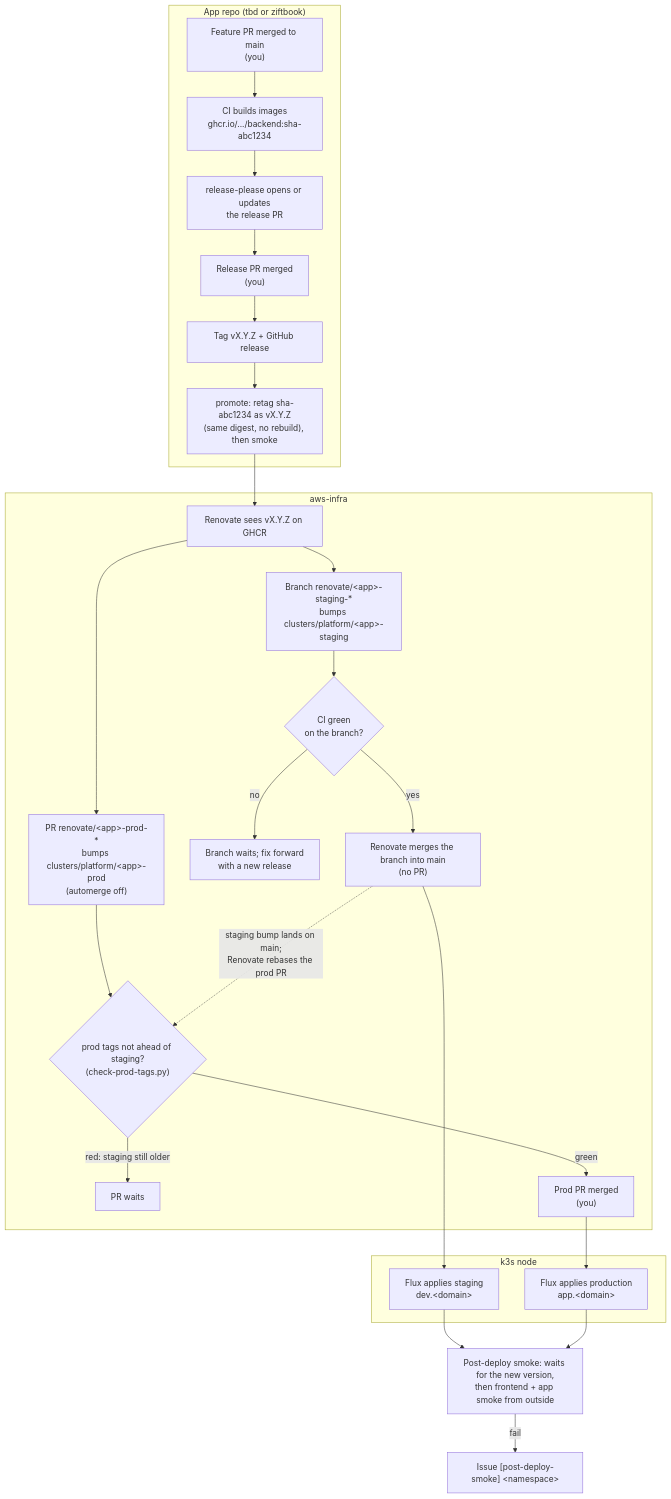
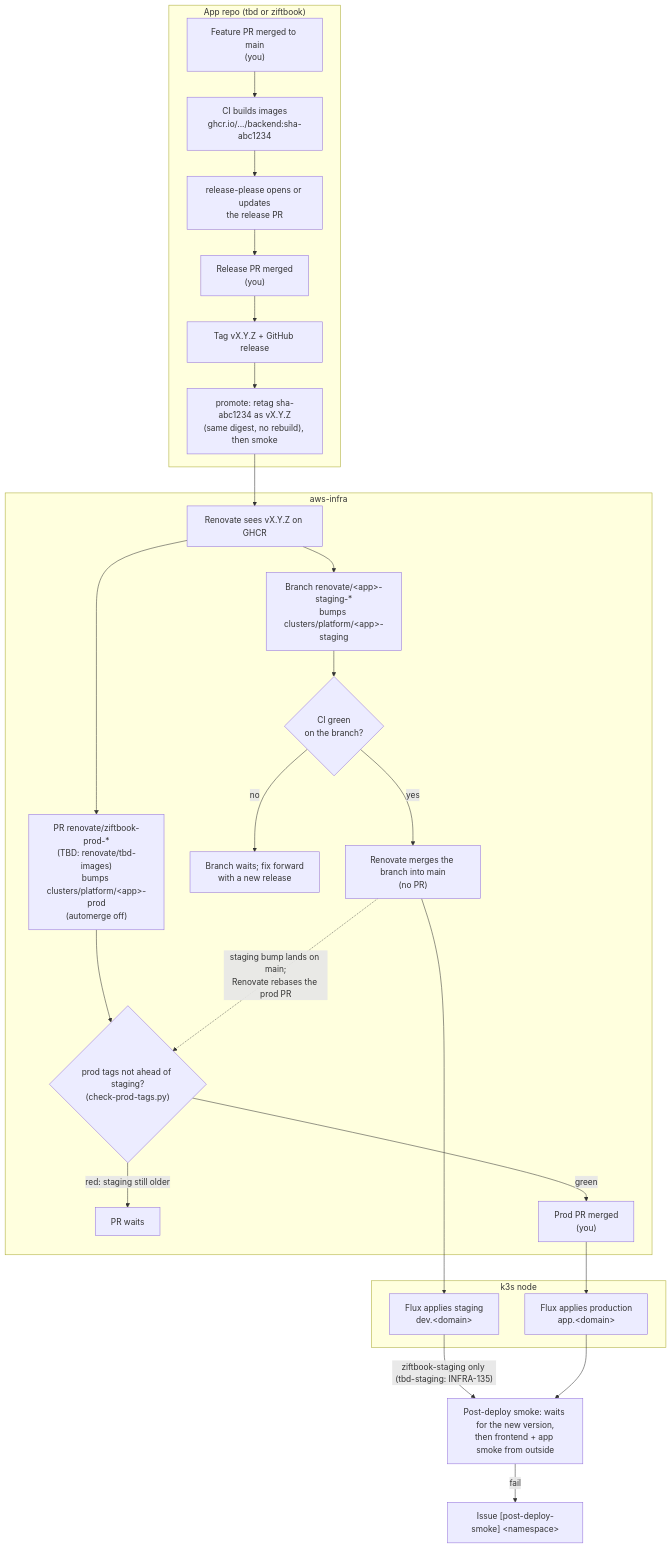
Before and after one commit to fjcloudaiconsulting/aws-infra: the first of 2 diagrams in docs/release-flow.md, drawn with Mermaid. The commit also changed other lines of this file and 1 other file, not shown here.

Commit message:
docs: fold release-flow review (TBD prod branch, timings, smoke scope, links) (INFRA-141)

````diff
--- a/docs/release-flow.md
+++ b/docs/release-flow.md
@@ -22,33 +23,33 @@
 ```mermaid
 flowchart TD
     subgraph app["App repo (tbd or ziftbook)"]
         A["Feature PR merged to main<br/>(you)"] --> B["CI builds images<br/>ghcr.io/.../backend:sha-abc1234"]
         B --> C["release-please opens or updates<br/>the release PR"]
         C --> D["Release PR merged<br/>(you)"]
         D --> E["Tag vX.Y.Z + GitHub release"]
         E --> F["promote: retag sha-abc1234 as vX.Y.Z<br/>(same digest, no rebuild), then smoke"]
     end
 
     F --> G["Renovate sees vX.Y.Z on GHCR"]
 
     subgraph infra["aws-infra"]
         G --> H["Branch renovate/&lt;app&gt;-staging-*<br/>bumps clusters/platform/&lt;app&gt;-staging"]
         H --> I{"CI green<br/>on the branch?"}
         I -- yes --> J["Renovate merges the branch into main<br/>(no PR)"]
         I -- no --> H2["Branch waits; fix forward<br/>with a new release"]
-        G --> K["PR renovate/&lt;app&gt;-prod-*<br/>bumps clusters/platform/&lt;app&gt;-prod<br/>(automerge off)"]
+        G --> K["PR renovate/ziftbook-prod-*<br/>(TBD: renovate/tbd-images)<br/>bumps clusters/platform/&lt;app&gt;-prod<br/>(automerge off)"]
         K --> L{"prod tags not ahead of staging?<br/>(check-prod-tags.py)"}
         L -- "red: staging still older" --> W["PR waits"]
         J -. "staging bump lands on main;<br/>Renovate rebases the prod PR" .-> L
         L -- green --> M["Prod PR merged<br/>(you)"]
     end
 
     subgraph cluster["k3s node"]
         J --> N["Flux applies staging<br/>dev.&lt;domain&gt;"]
         M --> O["Flux applies production<br/>app.&lt;domain&gt;"]
     end
 
-    N --> P["Post-deploy smoke: waits for the new version,<br/>then frontend + app smoke from outside"]
+    N -- "ziftbook-staging only (tbd-staging: INFRA-135)" --> P["Post-deploy smoke: waits for the new version,<br/>then frontend + app smoke from outside"]
     O --> P
     P -- fail --> Q["Issue [post-deploy-smoke] &lt;namespace&gt;"]
 ```
````
